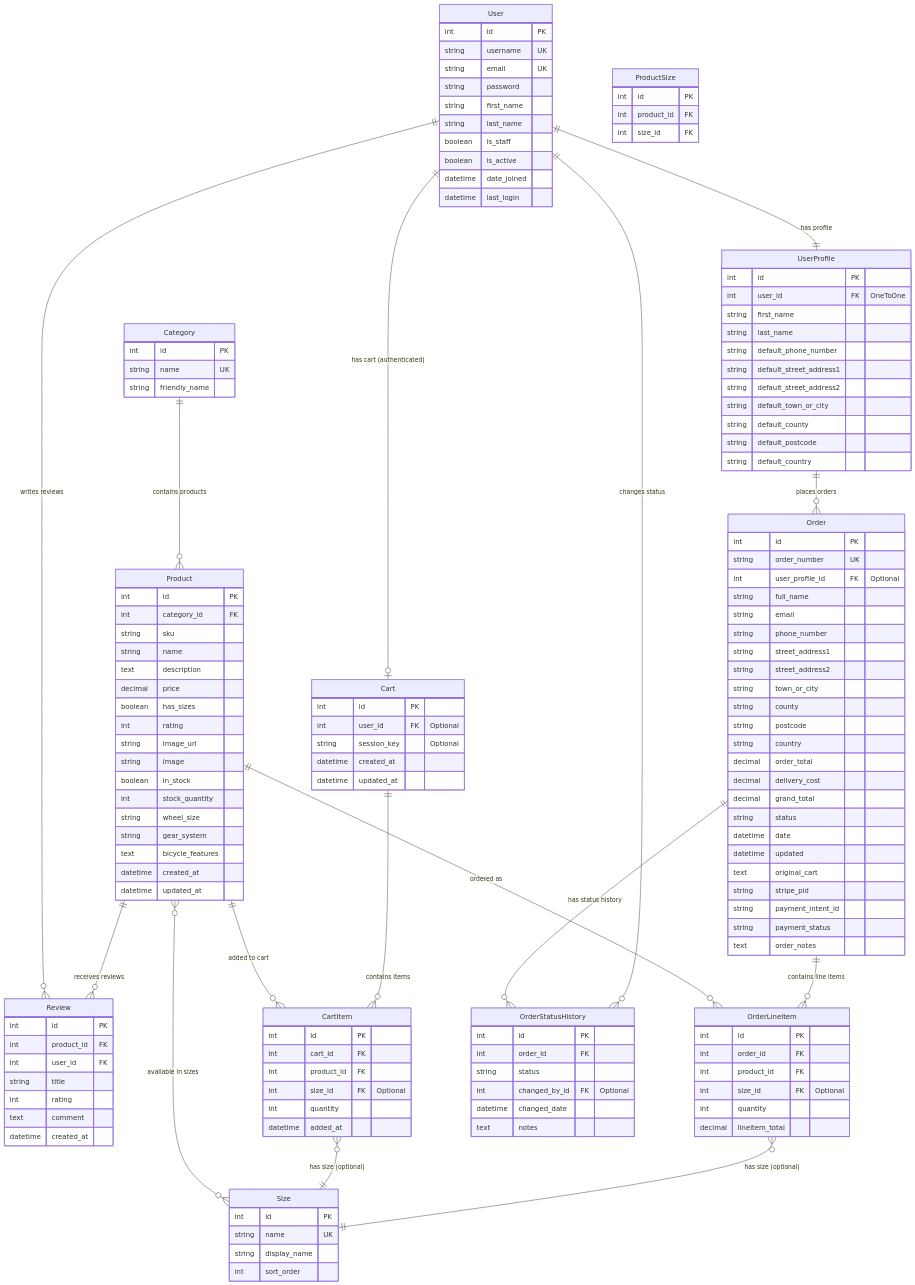
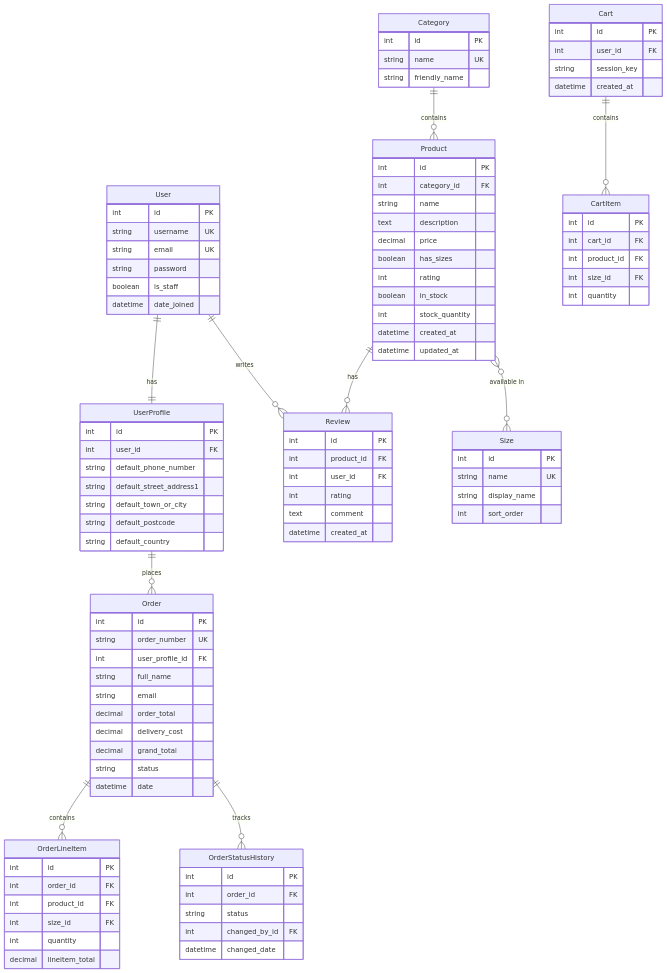
Before and after one commit to ihorsniezhko/wiesbaden-cyclery-project: the diagram in docs/DATABASE_SCHEMA.md, drawn with Mermaid. The commit also changed other lines of this file and 26 other files, not shown here.

First line of the commit message:
Complete comprehensive project documentation with testing and future roadmap

````diff
--- a/docs/DATABASE_SCHEMA.md
+++ b/docs/DATABASE_SCHEMA.md
@@ -13,24 +13,16 @@
         string username UK
         string email UK
         string password
-        string first_name
-        string last_name
         boolean is_staff
-        boolean is_active
         datetime date_joined
-        datetime last_login
     }
     
     UserProfile {
         int id PK
-        int user_id FK "OneToOne"
-        string first_name
-        string last_name
+        int user_id FK
         string default_phone_number
         string default_street_address1
-        string default_street_address2
         string default_town_or_city
-        string default_county
         string default_postcode
         string default_country
     }
@@ -51,34 +43,21 @@
     Product {
         int id PK
         int category_id FK
-        string sku
         string name
         text description
         decimal price
         boolean has_sizes
         int rating
-        string image_url
-        string image
         boolean in_stock
         int stock_quantity
-        string wheel_size
-        string gear_system
-        text bicycle_features
         datetime created_at
         datetime updated_at
-    }
-    
-    ProductSize {
-        int id PK
-        int product_id FK
-        int size_id FK
     }
     
     Review {
         int id PK
         int product_id FK
         int user_id FK
-        string title
         int rating
         text comment
         datetime created_at
@@ -86,52 +65,37 @@
     
     Cart {
         int id PK
-        int user_id FK "Optional"
-        string session_key "Optional"
+        int user_id FK
+        string session_key
         datetime created_at
-        datetime updated_at
     }
     
     CartItem {
         int id PK
         int cart_id FK
         int product_id FK
-        int size_id FK "Optional"
+        int size_id FK
         int quantity
-        datetime added_at
     }
     
     Order {
         int id PK
         string order_number UK
-        int user_profile_id FK "Optional"
+        int user_profile_id FK
         string full_name
         string email
-        string phone_number
-        string street_address1
-        string street_address2
-        string town_or_city
-        string county
-        string postcode
-        string country
         decimal order_total
         decimal delivery_cost
         decimal grand_total
         string status
         datetime date
-        datetime updated
-        text original_cart
-        string stripe_pid
-        string payment_intent_id
-        string payment_status
-        text order_notes
     }
     
     OrderLineItem {
         int id PK
         int order_id FK
         int product_id FK
-        int size_id FK "Optional"
+        int size_id FK
         int quantity
         decimal lineitem_total
     }
@@ -140,29 +104,17 @@
         int id PK
         int order_id FK
         string status
-        int changed_by_id FK "Optional"
+        int changed_by_id FK
         datetime changed_date
-        text notes
     }
     
-    %% Relationships
-    User ||--|| UserProfile : "has profile"
-    UserProfile ||--o{ Order : "places orders"
-    User ||--o{ Review : "writes reviews"
-    User ||--o| Cart : "has cart (authenticated)"
-    
-    Category ||--o{ Product : "contains products"
-    Product ||--o{ Review : "receives reviews"
-    Product ||--o{ CartItem : "added to cart"
-    Product ||--o{ OrderLineItem : "ordered as"
-    Product }o--o{ Size : "available in sizes"
-    
-    Cart ||--o{ CartItem : "contains items"
-    CartItem }o--|| Size : "has size (optional)"
-    
-    Order ||--o{ OrderLineItem : "contains line items"
-    Order ||--o{ OrderStatusHistory : "has status history"
-    OrderLineItem }o--|| Size : "has size (optional)"
-    
-    User ||--o{ OrderStatusHistory : "changes status"
+    User ||--|| UserProfile : "has"
+    UserProfile ||--o{ Order : "places"
+    User ||--o{ Review : "writes"
+    Category ||--o{ Product : "contains"
+    Product ||--o{ Review : "has"
+    Product }o--o{ Size : "available in"
+    Cart ||--o{ CartItem : "contains"
+    Order ||--o{ OrderLineItem : "contains"
+    Order ||--o{ OrderStatusHistory : "tracks"
 ```
````
